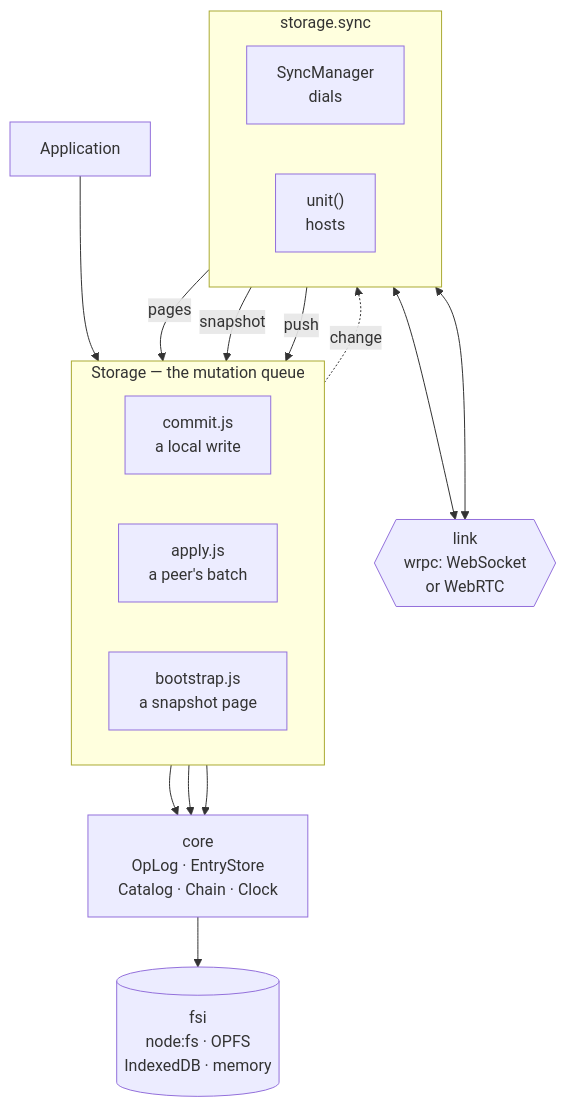
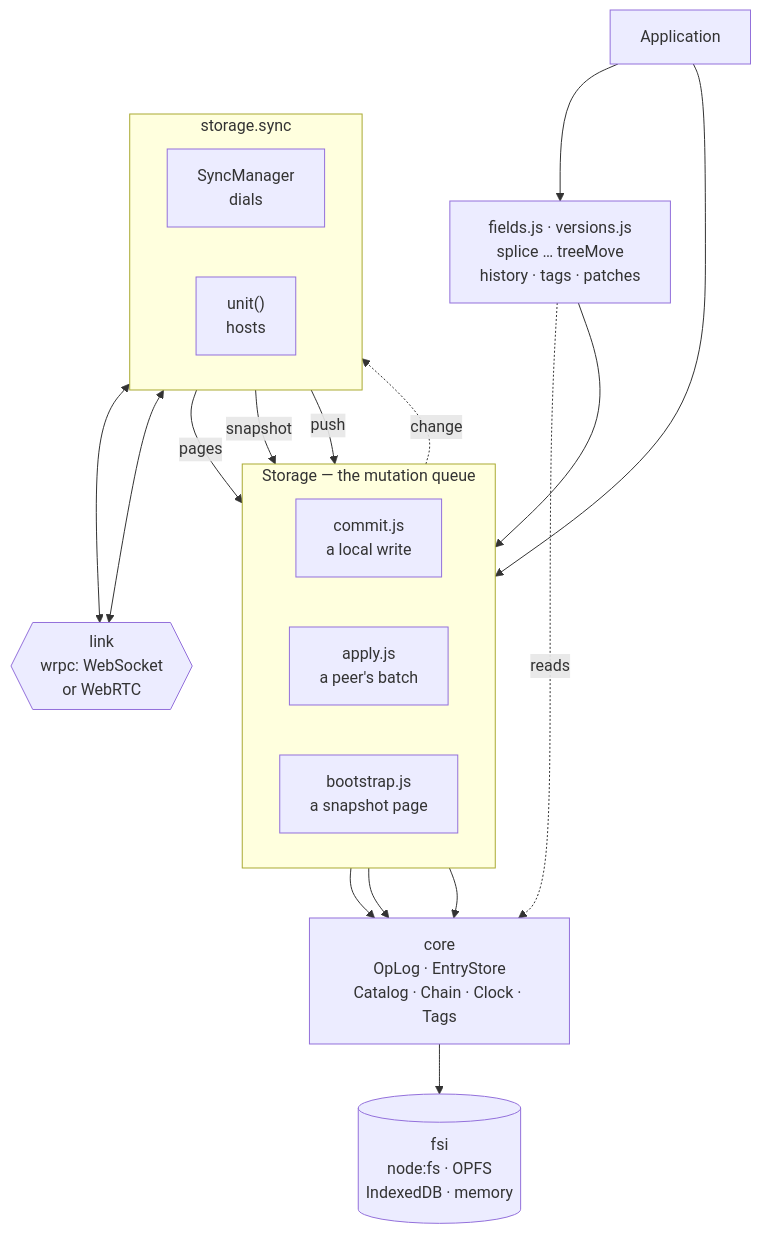
The first of 4 diagrams in docs/guide/architecture.md (Alexis-Technologies/syncom), drawn with Mermaid before and after one commit. The commit also changed other lines of this file and 179 other files, not shown here.

First line of the commit message:
feat: lists, rich text and trees that merge; versions, tags, undo and branches (#3)

````diff
--- a/docs/guide/architecture.md
+++ b/docs/guide/architecture.md
@@ -16,29 +18,33 @@
 ```mermaid
 flowchart TB
   app["Application"]
+  api["fields.js · versions.js<br/>splice … treeMove<br/>history · tags · patches"]
   subgraph storage["Storage — the mutation queue"]
     direction LR
     commit["commit.js<br/>a local write"]
     apply["apply.js<br/>a peer's batch"]
     boot["bootstrap.js<br/>a snapshot page"]
   end
-  core["core<br/>OpLog · EntryStore<br/>Catalog · Chain · Clock"]
+  core["core<br/>OpLog · EntryStore<br/>Catalog · Chain · Clock · Tags"]
   fsi[("fsi<br/>node:fs · OPFS<br/>IndexedDB · memory")]
   subgraph sync["storage.sync"]
     direction LR
     dial["SyncManager<br/>dials"]
     host["unit()<br/>hosts"]
   end
   link{{"link<br/>wrpc: WebSocket<br/>or WebRTC"}}
   app --> commit
+  app --> api
+  api --> commit
+  api -. reads .-> core
   commit --> core
   apply --> core
   boot --> core
   core --> fsi
   commit -. change .-> dial
   dial -- pages --> apply
   dial -- snapshot --> boot
   host -- push --> apply
   dial <--> link
   host <--> link
 ```
````
